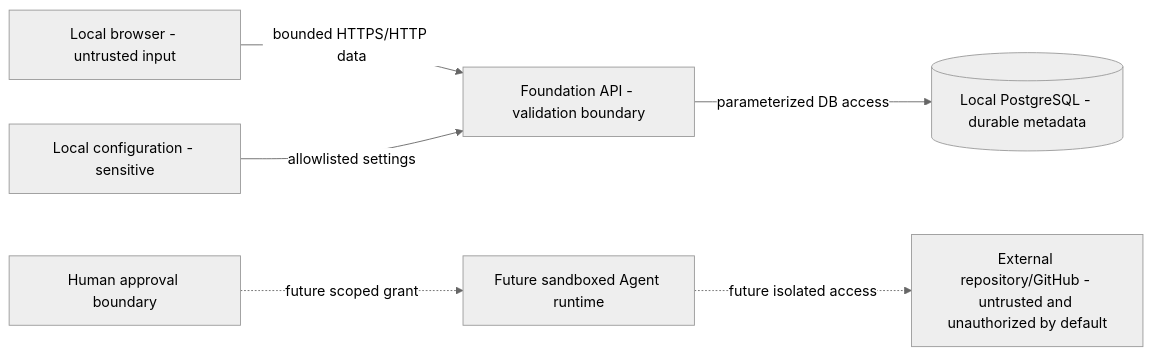
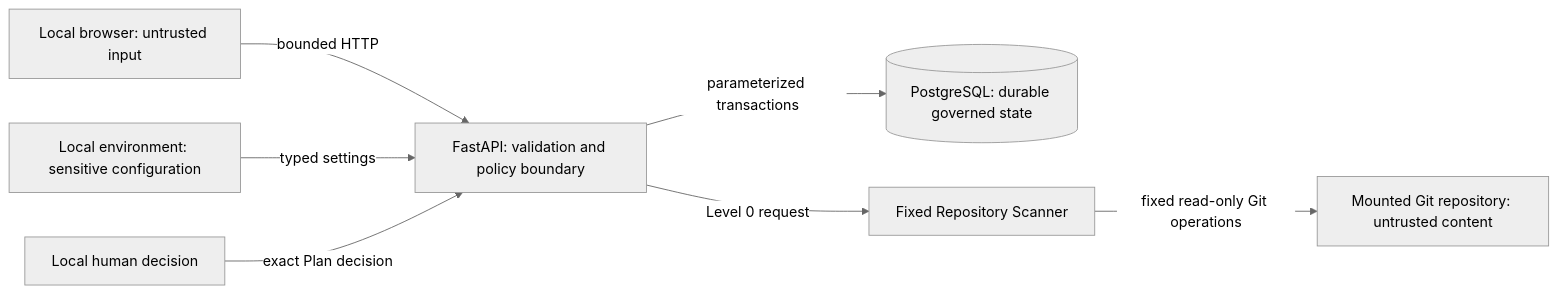
The diagram in docs/security/security-boundaries.md (dankk0220abc-prog/visual-engineer), drawn with Mermaid (neutral theme) before and after one commit. The commit also changed other lines of this file and 74 other files, not shown here.

Commit message:
feat: add governed read-only repository intelligence

````diff
--- a/docs/security/security-boundaries.md
+++ b/docs/security/security-boundaries.md
@@ -5,16 +5,17 @@
 ```mermaid
 flowchart LR
-    B["Local browser - untrusted input"]
-    API["Foundation API - validation boundary"]
-    DB[("Local PostgreSQL - durable metadata")]
-    ENV["Local configuration - sensitive"]
-    FUT["Future sandboxed Agent runtime"]
-    EXT["External repository/GitHub - untrusted and unauthorized by default"]
-    HUMAN["Human approval boundary"]
+    B["Local browser: untrusted input"]
+    API["FastAPI: validation and policy boundary"]
+    DB[("PostgreSQL: durable governed state")]
+    SC["Fixed Repository Scanner"]
+    REP["Mounted Git repository: untrusted content"]
+    ENV["Local environment: sensitive configuration"]
+    HUMAN["Local human decision"]
 
-    B -->|"bounded HTTPS/HTTP data"| API
-    API -->|"parameterized DB access"| DB
-    ENV -->|"allowlisted settings"| API
-    HUMAN -. "future scoped grant" .-> FUT
-    FUT -. "future isolated access" .-> EXT
+    B -->|"bounded HTTP"| API
+    API -->|"parameterized transactions"| DB
+    API -->|"Level 0 request"| SC
+    SC -->|"fixed read-only Git operations"| REP
+    ENV -->|"typed settings"| API
+    HUMAN -->|"exact Plan decision"| API
 ```
````
